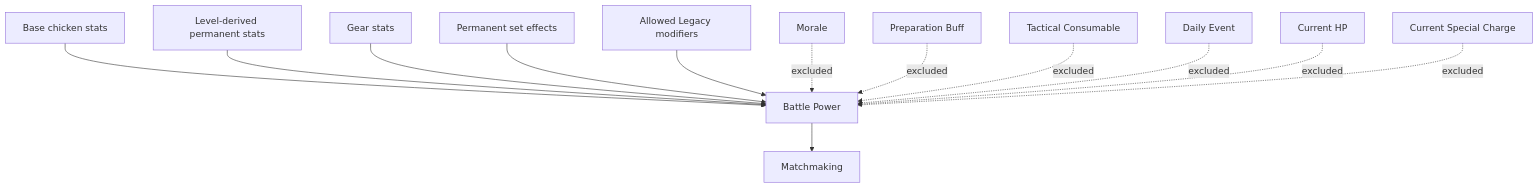
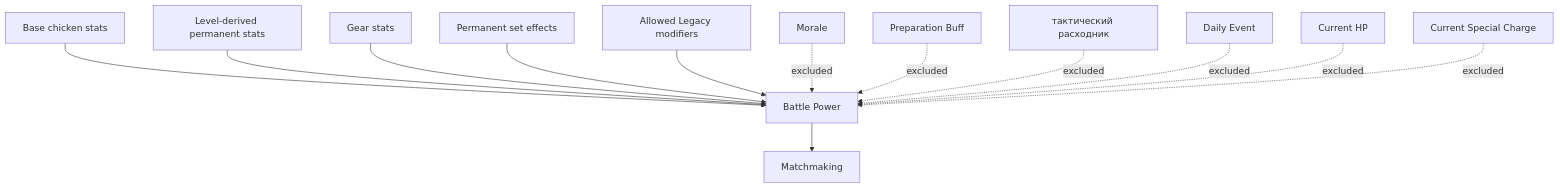
Before and after one commit to gselfman/QuRa-Game-Design: the fifth of 10 diagrams in GAME_DEPENDENCY_GRAPH.md, drawn with Mermaid. The commit also changed other lines of this file, not shown here.

Commit message:
docs(P7): finish translation of Arena, screens and dependencies; fix unlock graph

````diff
--- a/GAME_DEPENDENCY_GRAPH.md
+++ b/GAME_DEPENDENCY_GRAPH.md
@@ -492,17 +492,17 @@
 ```mermaid
 flowchart TD
     A[Base chicken stats] --> BP[Battle Power]
     B[Level-derived permanent stats] --> BP
     C[Gear stats] --> BP
     D[Permanent set effects] --> BP
     E[Allowed Legacy modifiers] --> BP
 
     F[Morale] -. excluded .-> BP
     G[Preparation Buff] -. excluded .-> BP
-    H[Tactical Consumable] -. excluded .-> BP
+    H[тактический расходник] -. excluded .-> BP
     I[Daily Event] -. excluded .-> BP
     J[Current HP] -. excluded .-> BP
     K[Current Special Charge] -. excluded .-> BP
 
     BP --> MM[Matchmaking]
 ```
````
